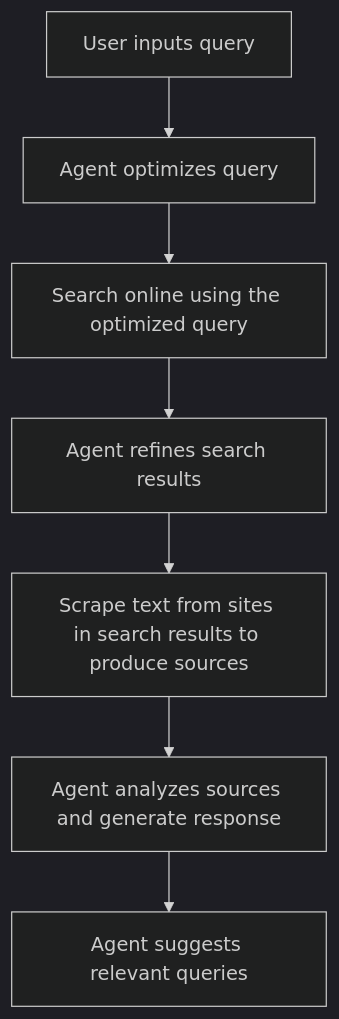
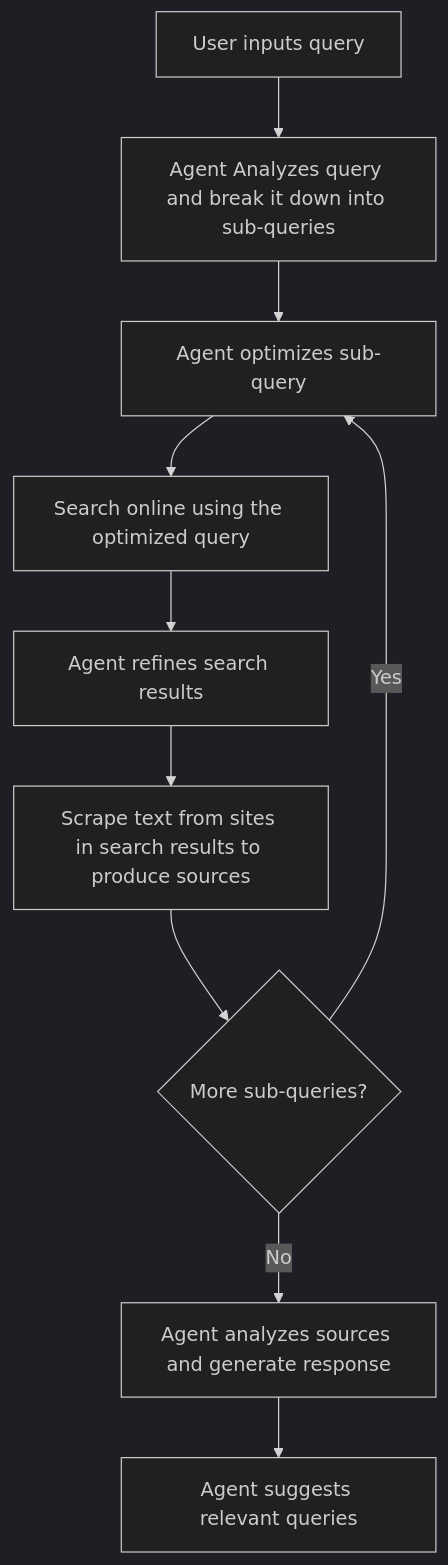
The diagram in README.md (harryeqs/lenze), drawn with Mermaid (dark theme) before and after one commit. The commit also changed other lines of this file and 2 other files, not shown here.

Commit message:
update analysis and search agent

````diff
--- a/README.md
+++ b/README.md
@@ -27,9 +28,12 @@
 ```mermaid
 graph TB;
-    A[User inputs query] --> B[Agent optimizes query];
-    B --> C[Search online using the optimized query];
-    C --> D[Agent refines search results];
-    D --> E[Scrape text from sites in search results to produce sources];
-    E --> F[Agent analyzes sources and generate response];
-    F --> G[Agent suggests relevant queries]
+    A[User inputs query] --> B[Agent Analyzes query and break it down into sub-queries]
+    B --> C[Agent optimizes sub-query]
+    C --> D[Search online using the optimized query]
+    D --> E[Agent refines search results]
+    E --> F[Scrape text from sites in search results to produce sources]
+    F --> G{More sub-queries?}
+    G -- Yes --> C
+    G -- No --> H[Agent analyzes sources and generate response]
+    H --> I[Agent suggests relevant queries]
 ```
````
